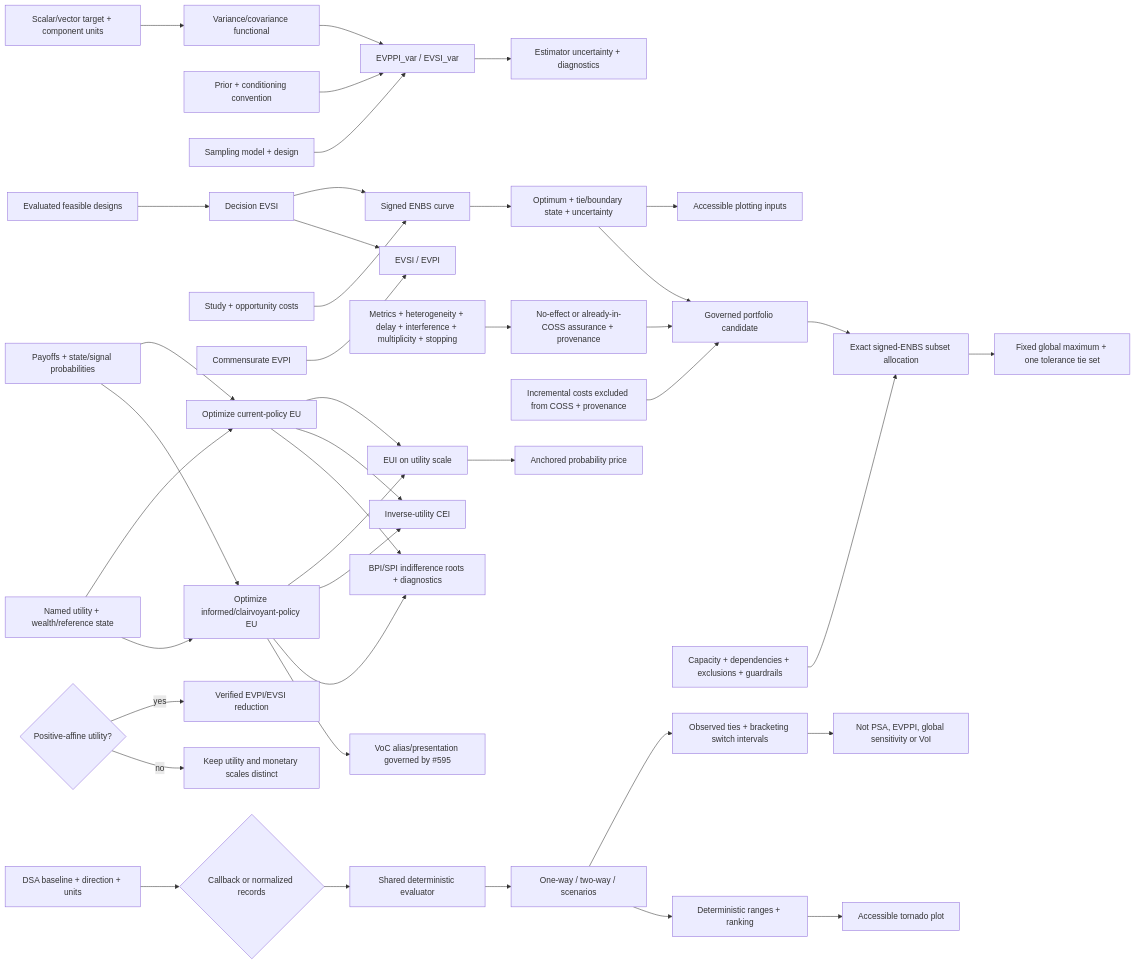
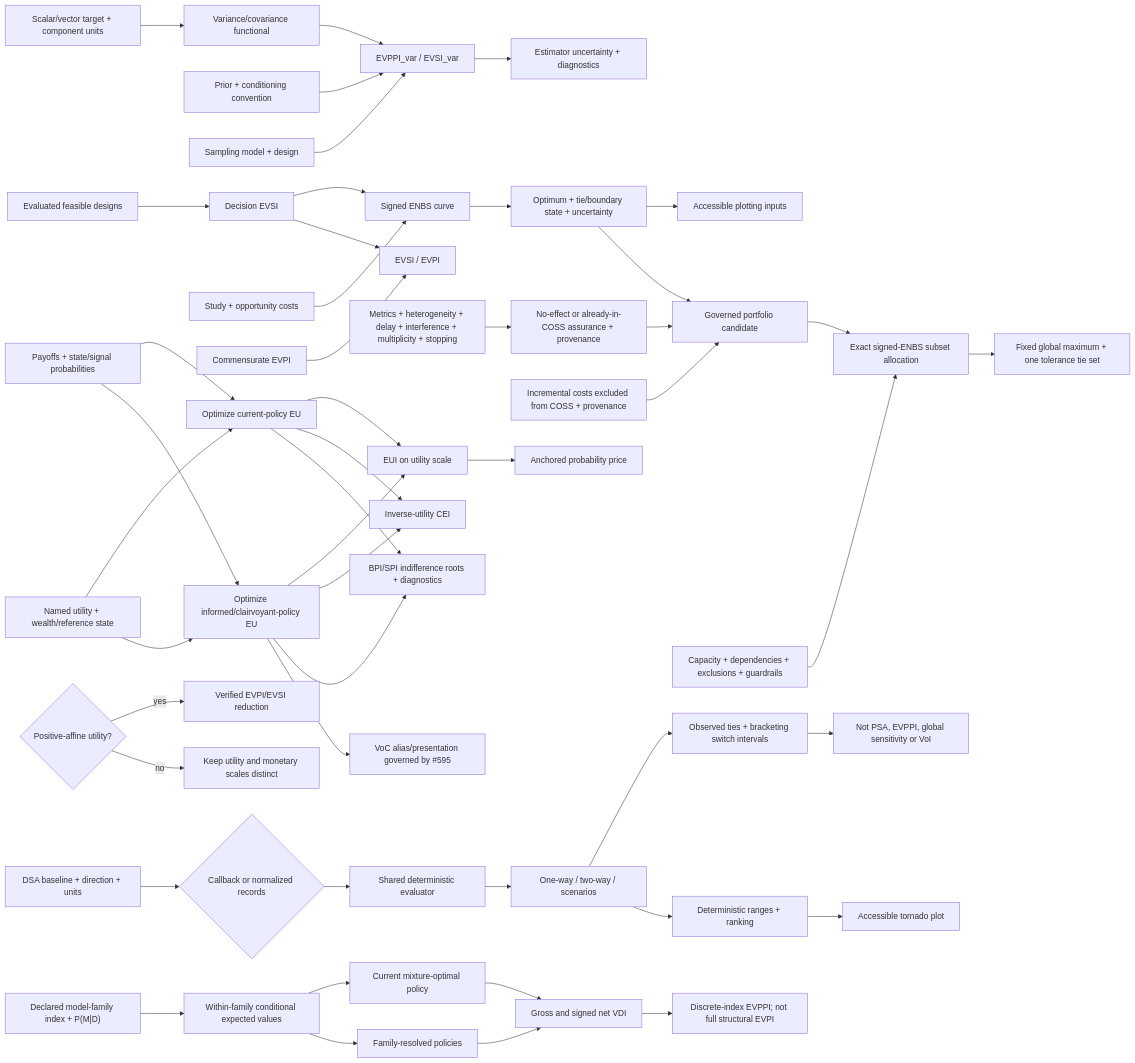
One commit to edithatogo/voiage changed the third of 7 diagrams in conductor/design.md. Above: the diagram before and after it, drawn with Mermaid. The commit also changed 44 other files, not shown here.

````diff
--- a/conductor/design.md
+++ b/conductor/design.md
@@ -44,46 +44,53 @@
 ```mermaid
 flowchart LR
     Target["Scalar/vector target + component units"] --> Functional["Variance/covariance functional"]
     Conditioning["Prior + conditioning convention"] --> Estimation["EVPPI_var / EVSI_var"]
     Sampling["Sampling model + design"] --> Estimation
     Functional --> Estimation
     Estimation --> Assurance["Estimator uncertainty + diagnostics"]
 
     Designs["Evaluated feasible designs"] --> EVSI["Decision EVSI"]
     EVSI --> ENBS["Signed ENBS curve"]
     Costs["Study + opportunity costs"] --> ENBS
     ENBS --> COSS["Optimum + tie/boundary state + uncertainty"]
     COSS --> Plot["Accessible plotting inputs"]
     EVSI --> Ratio["EVSI / EVPI"]
     EVPI["Commensurate EVPI"] --> Ratio
     COSS --> Candidate["Governed portfolio candidate"]
     PortfolioSemantics["Metrics + heterogeneity + delay + interference + multiplicity + stopping"] --> AssuranceDeclaration["No-effect or already-in-COSS assurance + provenance"]
     AssuranceDeclaration --> Candidate
     DisjointCosts["Incremental costs excluded from COSS + provenance"] --> Candidate
     Candidate --> Portfolio["Exact signed-ENBS subset allocation"]
     PortfolioConstraints["Capacity + dependencies + exclusions + guardrails"] --> Portfolio
     Portfolio --> GlobalTieSet["Fixed global maximum + one tolerance tie set"]
 
     Payoffs["Payoffs + state/signal probabilities"] --> CurrentEU["Optimize current-policy EU"]
     Utility["Named utility + wealth/reference state"] --> CurrentEU
     Utility --> InformedEU["Optimize informed/clairvoyant-policy EU"]
     Payoffs --> InformedEU
     CurrentEU --> EUI["EUI on utility scale"]
     InformedEU --> EUI
     CurrentEU --> CEI["Inverse-utility CEI"]
     InformedEU --> CEI
     CurrentEU --> Roots["BPI/SPI indifference roots + diagnostics"]
     InformedEU --> Roots
     EUI --> PPI["Anchored probability price"]
     InformedEU --> VoC["VoC alias/presentation governed by #595"]
     Affine{"Positive-affine utility?"} -->|yes| Monetary["Verified EVPI/EVSI reduction"]
     Affine -->|no| DistinctScale["Keep utility and monetary scales distinct"]
 
     DSABaseline["DSA baseline + direction + units"] --> DSAAdapter{"Callback or normalized records"}
     DSAAdapter --> DSAEvaluator["Shared deterministic evaluator"]
     DSAEvaluator --> DSASurfaces["One-way / two-way / scenarios"]
     DSASurfaces --> DSASwitches["Observed ties + bracketing switch intervals"]
     DSASurfaces --> DSARanking["Deterministic ranges + ranking"]
     DSARanking --> DSATornado["Accessible tornado plot"]
     DSASwitches --> DSABoundary["Not PSA, EVPPI, global sensitivity or VoI"]
+
+    ModelFamilies["Declared model-family index + P(M|D)"] --> FamilyValues["Within-family conditional expected values"]
+    FamilyValues --> CurrentFamilyPolicy["Current mixture-optimal policy"]
+    FamilyValues --> ResolvedFamilyPolicies["Family-resolved policies"]
+    CurrentFamilyPolicy --> FamilyVDI["Gross and signed net VDI"]
+    ResolvedFamilyPolicies --> FamilyVDI
+    FamilyVDI --> FamilyBoundary["Discrete-index EVPPI; not full structural EVPI"]
 ```
````
